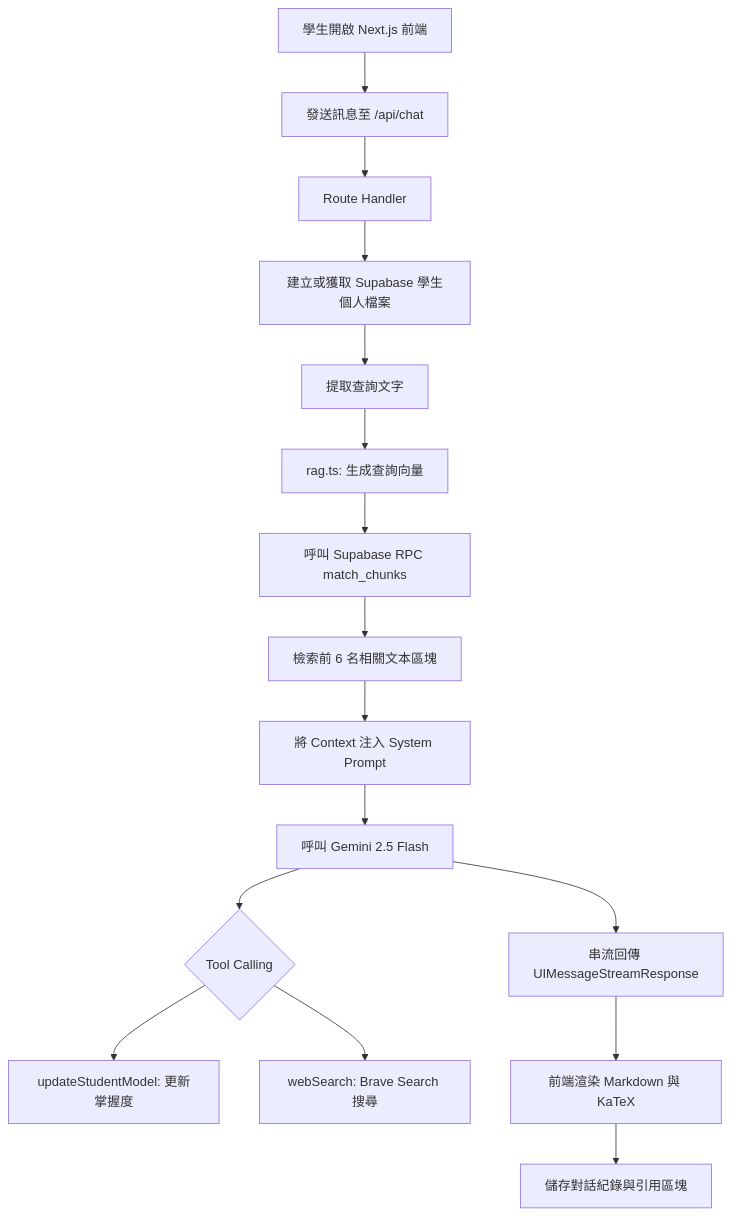
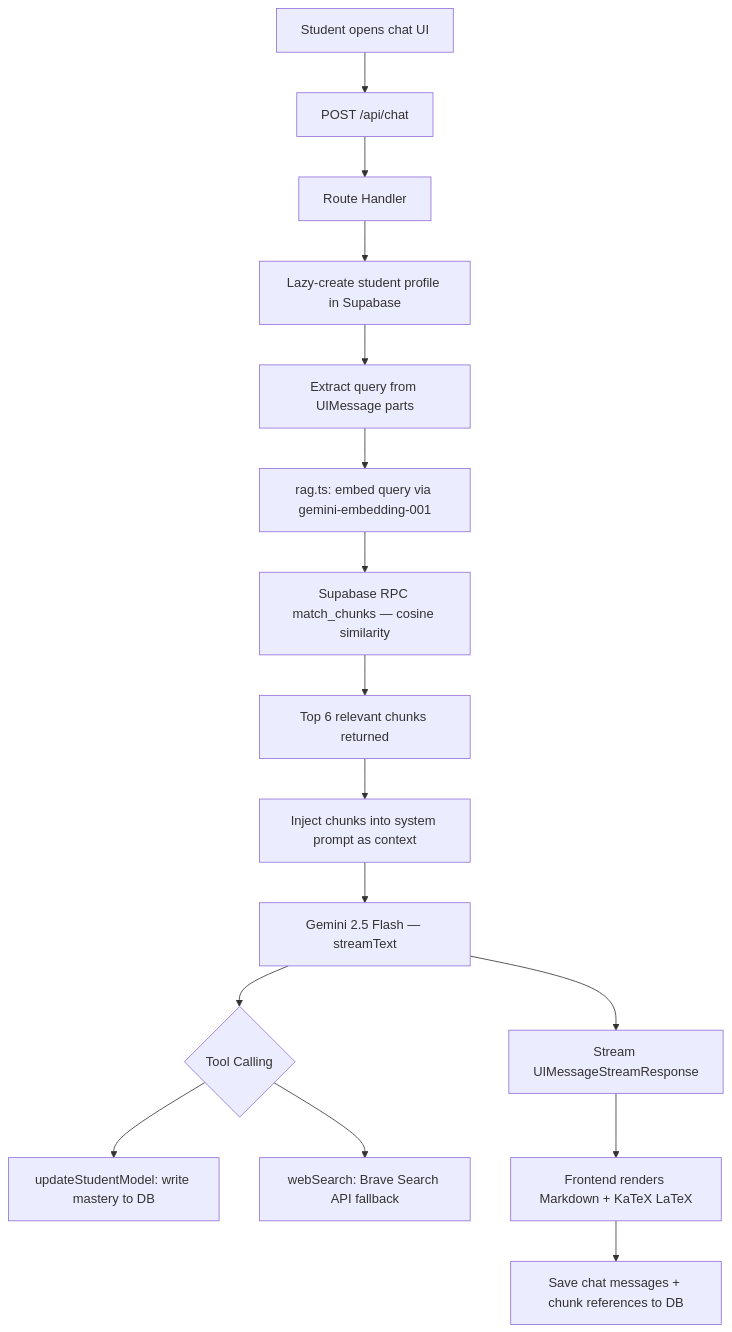
Before and after one commit to ChiShengChen/NYCU_EP_AI_tutor: the second of 3 diagrams in README.md, drawn with Mermaid. The commit also changed other lines of this file and 1 other file, not shown here.

First line of the commit message:
rewrite README with full architecture docs, add EN/zh-TW language switch

````diff
--- a/README.md
+++ b/README.md
@@ -29,18 +31,18 @@
 ```mermaid
 graph TD
-    A[學生開啟 Next.js 前端] --> B[發送訊息至 /api/chat]
+    A[Student opens chat UI] --> B[POST /api/chat]
     B --> C[Route Handler]
-    C --> D[建立或獲取 Supabase 學生個人檔案]
-    D --> E[提取查詢文字]
-    E --> F[rag.ts: 生成查詢向量]
-    F --> G[呼叫 Supabase RPC match_chunks]
-    G --> H[檢索前 6 名相關文本區塊]
-    H --> I[將 Context 注入 System Prompt]
-    I --> J[呼叫 Gemini 2.5 Flash]
+    C --> D[Lazy-create student profile in Supabase]
+    D --> E[Extract query from UIMessage parts]
+    E --> F[rag.ts: embed query via gemini-embedding-001]
+    F --> G[Supabase RPC match_chunks — cosine similarity]
+    G --> H[Top 6 relevant chunks returned]
+    H --> I[Inject chunks into system prompt as context]
+    I --> J[Gemini 2.5 Flash — streamText]
     J --> K{Tool Calling}
-    K --> L[updateStudentModel: 更新掌握度]
-    K --> M[webSearch: Brave Search 搜尋]
-    J --> N[串流回傳 UIMessageStreamResponse]
-    N --> O[前端渲染 Markdown 與 KaTeX]
-    O --> P[儲存對話紀錄與引用區塊]
+    K --> L[updateStudentModel: write mastery to DB]
+    K --> M[webSearch: Brave Search API fallback]
+    J --> N[Stream UIMessageStreamResponse]
+    N --> O[Frontend renders Markdown + KaTeX LaTeX]
+    O --> P[Save chat messages + chunk references to DB]
 ```
````
